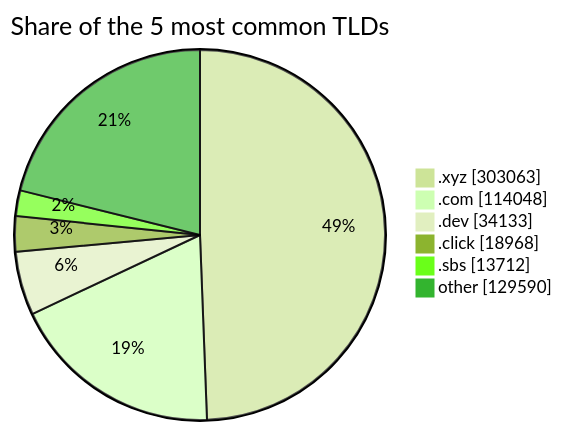
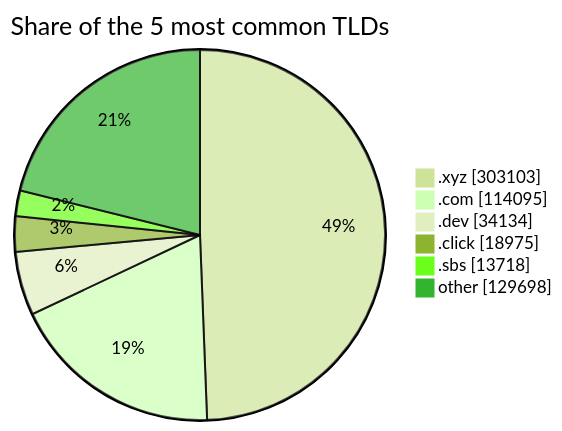
One commit to DNSBunker/CTI changed the third of 3 diagrams in README.md. Above: the diagram before and after it, drawn with Mermaid (forest theme). The commit also changed other lines of this file and 3 other files, not shown here.

````diff
--- a/README.md
+++ b/README.md
@@ -81,9 +81,9 @@
 ```mermaid
 pie showData title Share of the 5 most common TLDs
-    ".xyz" : 303063
-    ".com" : 114048
-    ".dev" : 34133
-    ".click" : 18968
-    ".sbs" : 13712
-    "other" : 129590
+    ".xyz" : 303103
+    ".com" : 114095
+    ".dev" : 34134
+    ".click" : 18975
+    ".sbs" : 13718
+    "other" : 129698
 ```
````
